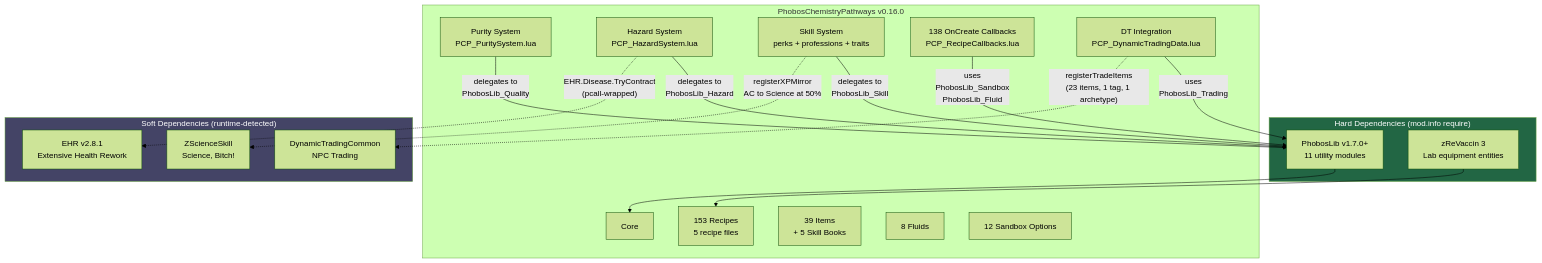
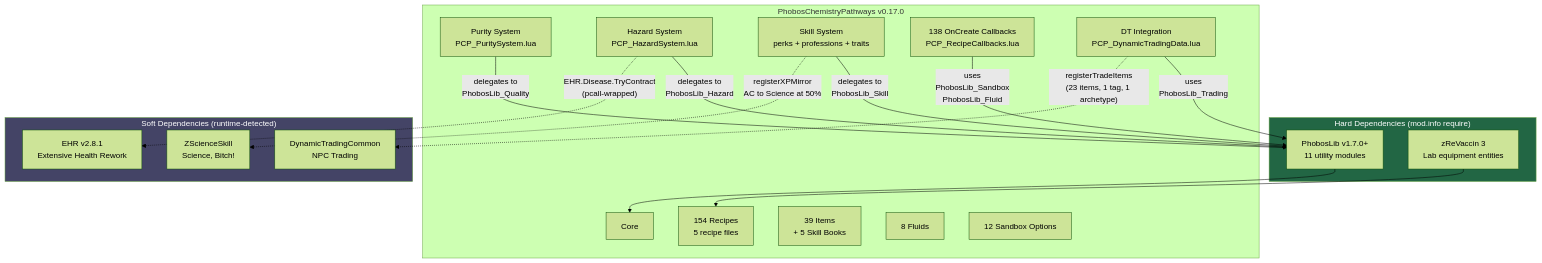
One commit to phobos-dthorga/mod-pz-chemistry-pathways changed the diagram in docs/mermaid-src/architecture.mmd. Above: the diagram before and after it, drawn with Mermaid (forest theme). The commit also changed 16 other files, not shown here.

```diff
--- a/docs/mermaid-src/architecture.mmd
+++ b/docs/mermaid-src/architecture.mmd
@@ -1,40 +1,40 @@
 graph TB
     subgraph HARD["Hard Dependencies (mod.info require)"]
         PL["PhobosLib v1.7.0+<br/>11 utility modules"]
         ZR["zReVaccin 3<br/>Lab equipment entities"]
     end
 
-    subgraph PCP["PhobosChemistryPathways v0.16.0"]
+    subgraph PCP["PhobosChemistryPathways v0.17.0"]
         CORE["Core"]
-        REC["153 Recipes<br/>5 recipe files"]
+        REC["154 Recipes<br/>5 recipe files"]
         ITEMS["39 Items<br/>+ 5 Skill Books"]
         FLUIDS["8 Fluids"]
         SB["12 Sandbox Options"]
         PURITY["Purity System<br/>PCP_PuritySystem.lua"]
         HAZARD["Hazard System<br/>PCP_HazardSystem.lua"]
         SKILL["Skill System<br/>perks + professions + traits"]
         CALLBACKS["138 OnCreate Callbacks<br/>PCP_RecipeCallbacks.lua"]
         TRADING["DT Integration<br/>PCP_DynamicTradingData.lua"]
     end
 
     subgraph SOFT["Soft Dependencies (runtime-detected)"]
         ZSS["ZScienceSkill<br/>Science, Bitch!"]
         EHR["EHR v2.8.1<br/>Extensive Health Rework"]
         DT["DynamicTradingCommon<br/>NPC Trading"]
     end
 
     PL --> CORE
     ZR --> REC
 
     PURITY -->|"delegates to<br/>PhobosLib_Quality"| PL
     HAZARD -->|"delegates to<br/>PhobosLib_Hazard"| PL
     SKILL -->|"delegates to<br/>PhobosLib_Skill"| PL
     CALLBACKS -->|"uses<br/>PhobosLib_Sandbox<br/>PhobosLib_Fluid"| PL
     TRADING -->|"uses<br/>PhobosLib_Trading"| PL
 
     HAZARD -.->|"EHR.Disease.TryContract<br/>(pcall-wrapped)"| EHR
     SKILL -.->|"registerXPMirror<br/>AC to Science at 50%"| ZSS
     TRADING -.->|"registerTradeItems<br/>(23 items, 1 tag, 1 archetype)"| DT
 
     style HARD fill:#264,color:#fff
     style SOFT fill:#446,color:#fff
```
